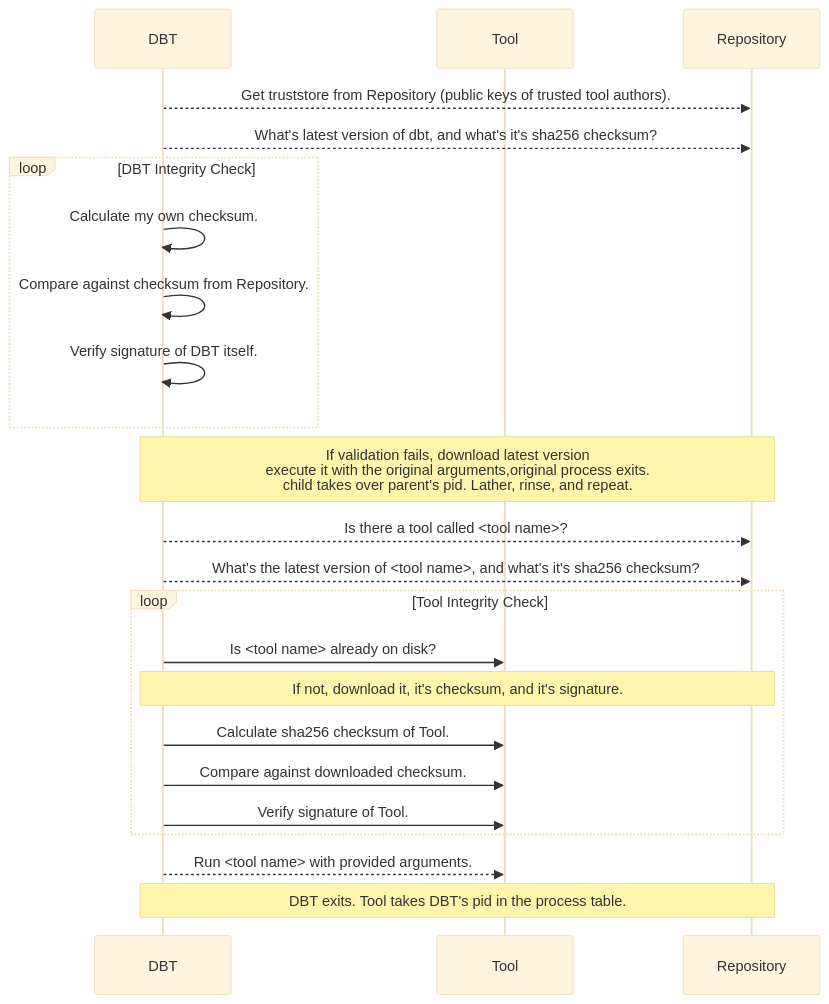
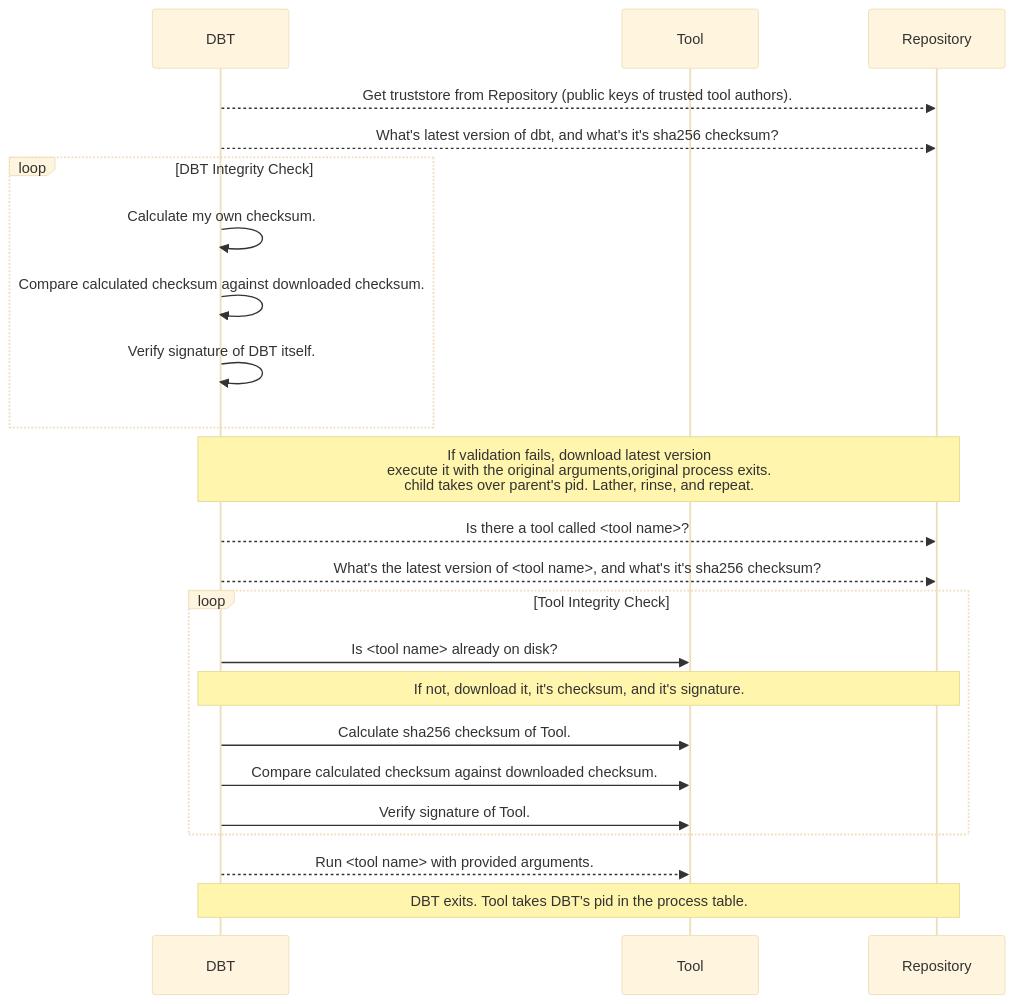
Before and after one commit to nikogura/dbt: the diagram in README.md, drawn with Mermaid (base theme).

Commit message:
playing with mermaid

````diff
--- a/README.md
+++ b/README.md
@@ -45,26 +45,26 @@
 ```mermaid
 sequenceDiagram
     participant DBT
     participant Tool
     participant Repository
     DBT-->>Repository: Get truststore from Repository (public keys of trusted tool authors).
     DBT-->>Repository: What's latest version of dbt, and what's it's sha256 checksum?
     loop DBT Integrity Check
         DBT->>DBT: Calculate my own checksum.
-        DBT->>DBT: Compare against checksum from Repository.
+        DBT->>DBT: Compare calculated checksum against downloaded checksum.
         DBT->>DBT: Verify signature of DBT itself.
     end
     Note over DBT,Repository: If validation fails, download latest version<br>execute it with the original arguments,original process exits.<br>child takes over parent's pid.  Lather, rinse, and repeat.
     DBT-->>Repository: Is there a tool called <tool name>?
     DBT-->>Repository: What's the latest version of <tool name>, and what's it's sha256 checksum?
     loop Tool Integrity Check
         DBT->>Tool: Is <tool name> already on disk?
         Note over DBT,Repository: If not, download it, it's checksum, and it's signature.
         DBT->>Tool: Calculate sha256 checksum of Tool.
-        DBT->>Tool: Compare against downloaded checksum.
+        DBT->>Tool: Compare calculated checksum against downloaded checksum.
         DBT->>Tool: Verify signature of Tool.
     end
     DBT-->>Tool: Run <tool name> with provided arguments.
     Note over DBT,Repository: DBT exits.  Tool takes DBT's pid in the process table.
 
 ```
````
